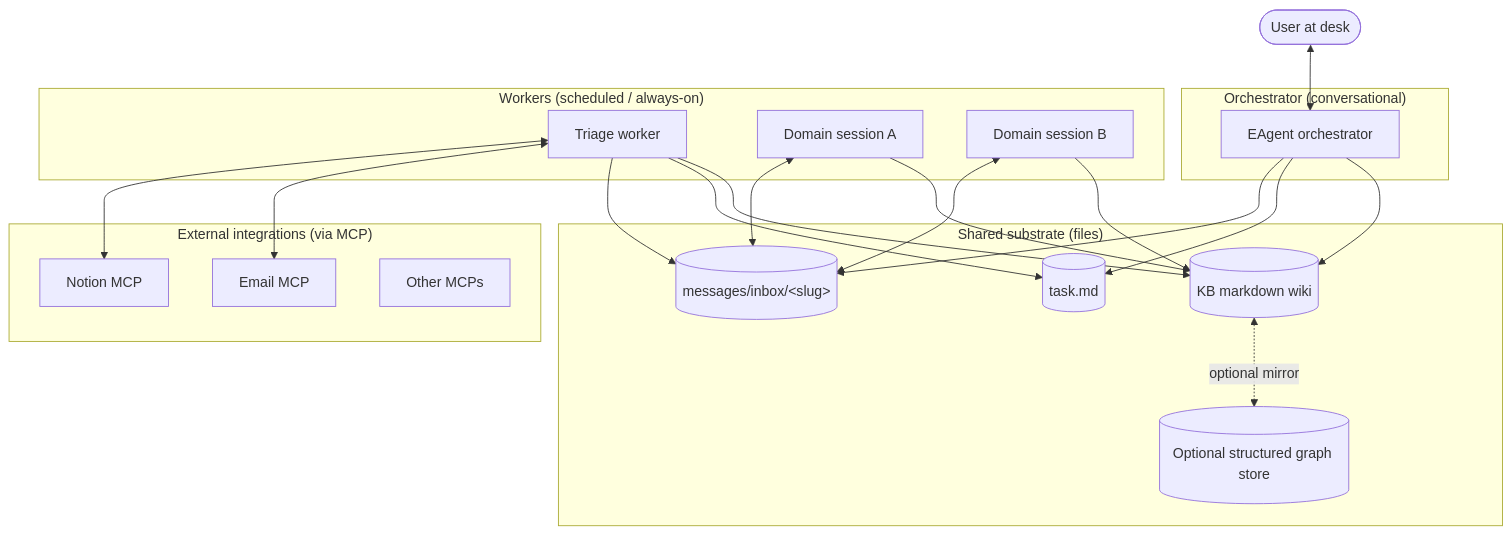
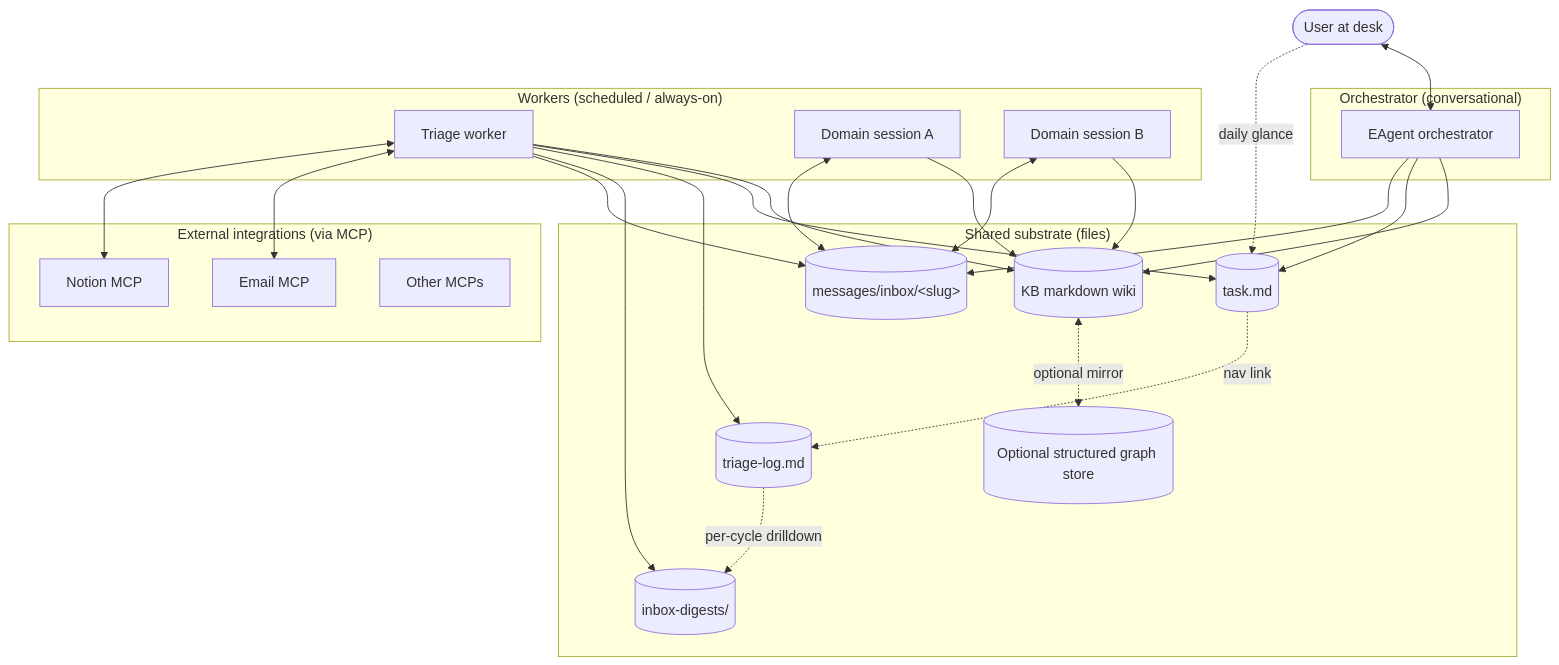
One commit to nigelglenday/eagent changed the diagram in README.md. Above: the diagram before and after it, drawn with Mermaid. The commit also changed other lines of this file and 2 other files, not shown here.

First line of the commit message:
Docs: reply strip + triage log + learning loop, plus larry3d banner

````diff
--- a/README.md
+++ b/README.md
@@ -90,42 +96,49 @@
 ```mermaid
 flowchart TB
     User([User at desk])
 
     subgraph Orchestrator["Orchestrator (conversational)"]
       EA[EAgent orchestrator]
     end
 
     subgraph Workers["Workers (scheduled / always-on)"]
       Triage[Triage worker]
       DomainA[Domain session A]
       DomainB[Domain session B]
     end
 
     subgraph Substrate["Shared substrate (files)"]
       KB[(KB markdown wiki)]
       Graph[(Optional structured graph store)]
       Tasks[(task.md)]
+      TriageLog[(triage-log.md)]
+      Digests[(inbox-digests/)]
       Inboxes[(messages/inbox/&lt;slug&gt;)]
     end
 
     subgraph External["External integrations (via MCP)"]
       Email[Email MCP]
       Notion[Notion MCP]
       Other[Other MCPs]
     end
 
     User <--> EA
+    User -.daily glance.-> Tasks
+    Tasks -.nav link.-> TriageLog
+    TriageLog -.per-cycle drilldown.-> Digests
     EA --> KB
     EA --> Tasks
     EA --> Inboxes
     Triage --> KB
     Triage --> Tasks
+    Triage --> TriageLog
+    Triage --> Digests
     Triage --> Inboxes
     Triage <--> Email
     Triage <--> Notion
     DomainA --> KB
     DomainA <--> Inboxes
     DomainB --> KB
     DomainB <--> Inboxes
     KB <-.optional mirror.-> Graph
 ```
````
